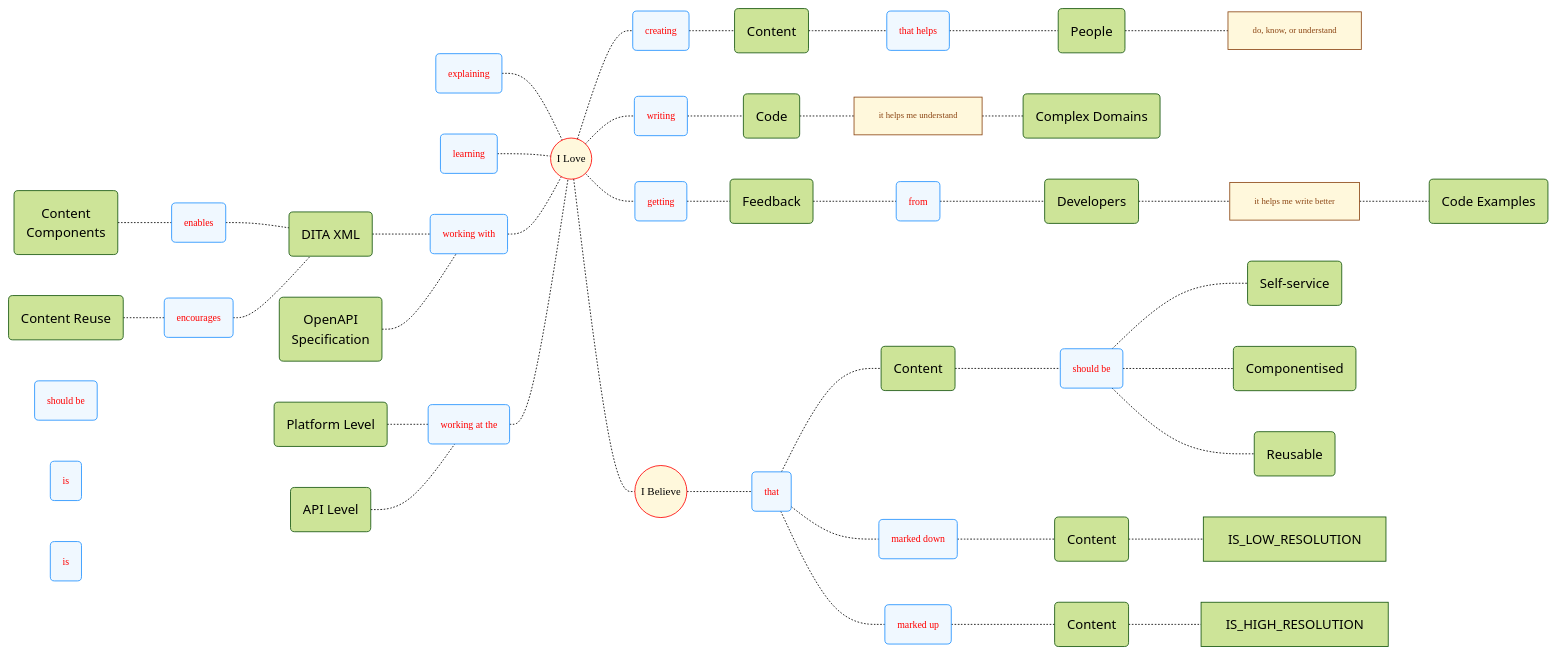
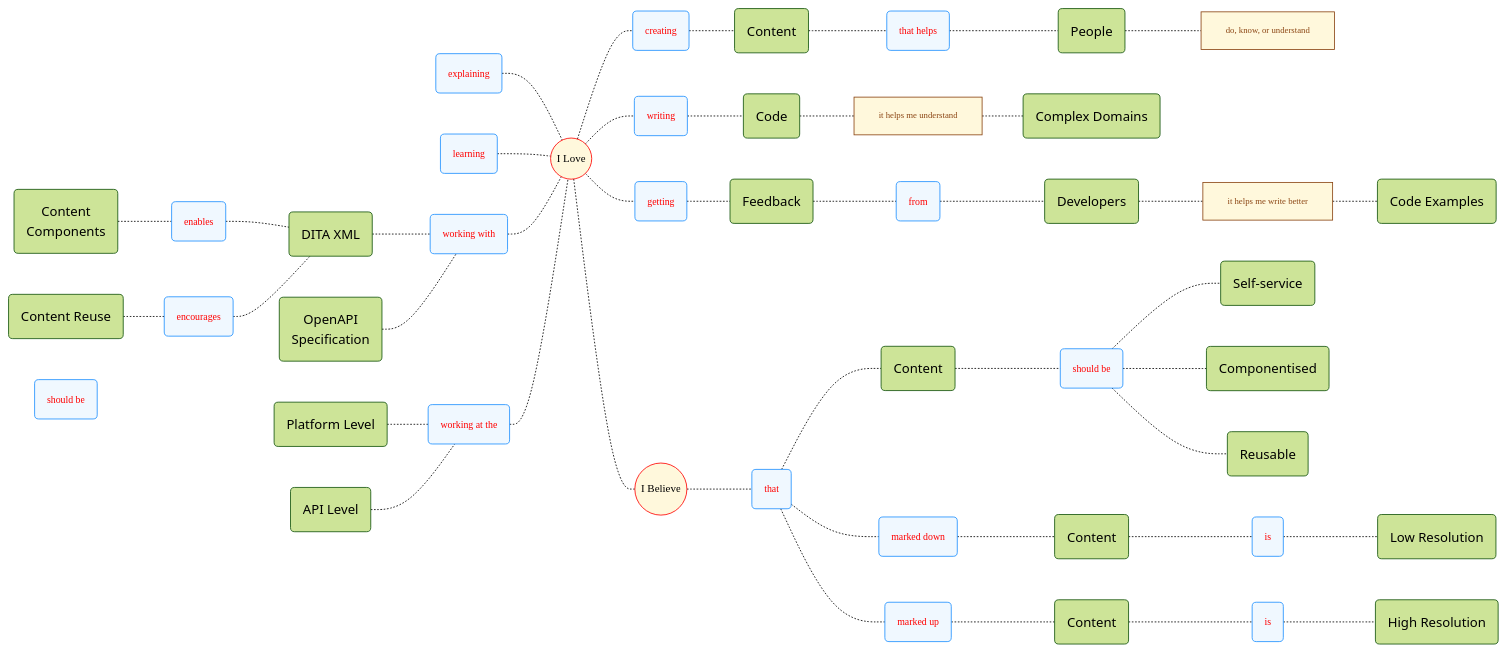
One commit to joe-dorward/samples changed the diagram in my_mindmap.md. Above: the diagram before and after it, drawn with Mermaid.

````diff
--- a/my_mindmap.md
+++ b/my_mindmap.md
@@ -105,14 +105,17 @@
 MARKED_DOWN("marked down")
 CONTENT_3("Content")
 IS_1("is")
+LOW_RESOLUTION("Low Resolution")
+
 MARKED_UP("marked up")
 CONTENT_4("Content")
 IS_2("is")
+HIGH_RESOLUTION("High Resolution")
 
 THAT-.-
-MARKED_DOWN-.-CONTENT_3-.-IS_LOW_RESOLUTION
+MARKED_DOWN-.-CONTENT_3-.-IS_1-.-LOW_RESOLUTION
 THAT-.-
-MARKED_UP-.-CONTENT_4-.-IS_HIGH_RESOLUTION
+MARKED_UP-.-CONTENT_4-.-IS_2-.-HIGH_RESOLUTION
 
 class MARKED_DOWN,IS_1,MARKED_UP,IS_2 Verb;
 ```
````
